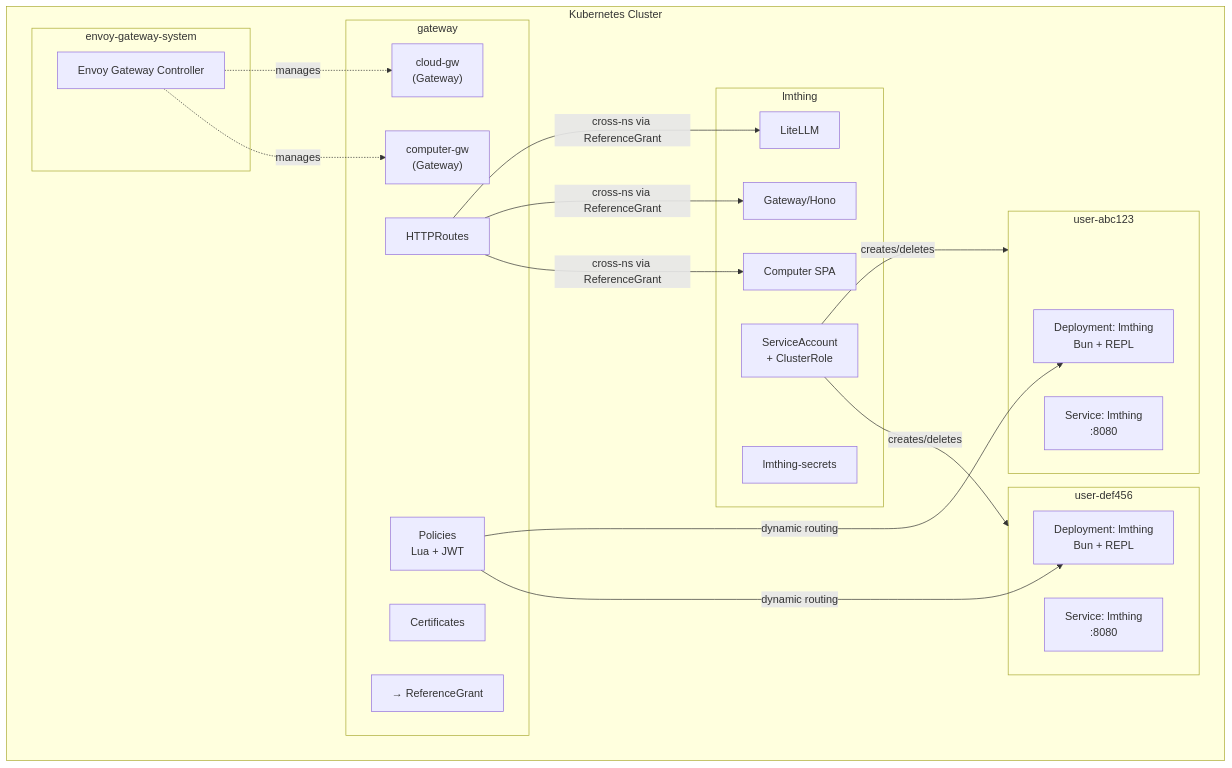
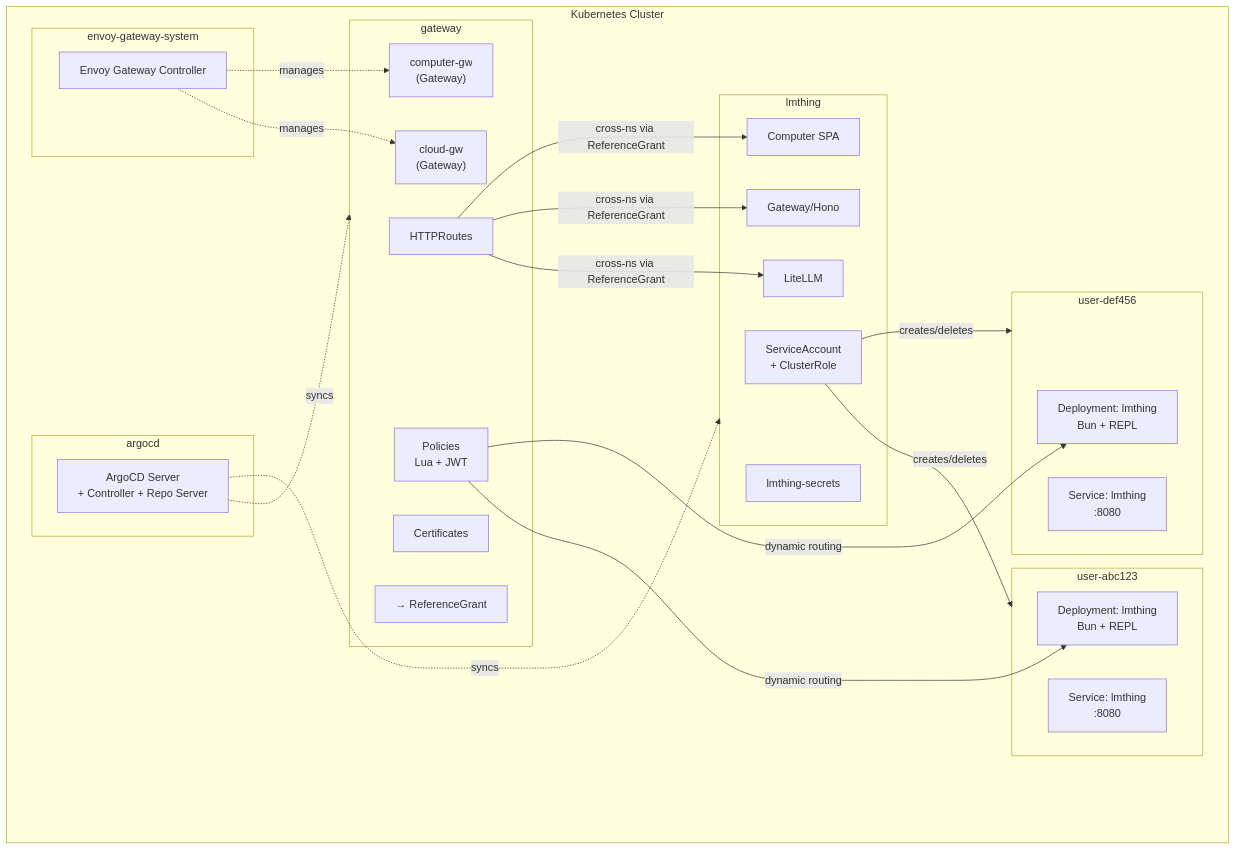
The sixth of 7 diagrams in devops/README.md (lmthing/lmthing), drawn with Mermaid before and after one commit. The commit also changed other lines of this file, not shown here.

First line of the commit message:
Update devops README to reflect ArgoCD GitOps deployment

````diff
--- a/devops/README.md
+++ b/devops/README.md
@@ -172,41 +179,46 @@
 ```mermaid
 graph TB
     subgraph Cluster["Kubernetes Cluster"]
+        subgraph NS0["argocd"]
+            ARGO["ArgoCD Server<br/>+ Controller + Repo Server"]
+        end
         subgraph NS1["envoy-gateway-system"]
             EG["Envoy Gateway Controller"]
         end
         subgraph NS2["gateway"]
             GW1["cloud-gw<br/>(Gateway)"]
             GW2["computer-gw<br/>(Gateway)"]
             HR["HTTPRoutes"]
             POL["Policies<br/>Lua + JWT"]
             CERT["Certificates"]
             RG["→ ReferenceGrant"]
         end
         subgraph NS3["lmthing"]
             LL["LiteLLM"]
             HG["Gateway/Hono"]
             CS["Computer SPA"]
             SA["ServiceAccount<br/>+ ClusterRole"]
             SEC["lmthing-secrets"]
         end
         subgraph NS4["user-abc123"]
             UP1["Deployment: lmthing<br/>Bun + REPL"]
             US1["Service: lmthing<br/>:8080"]
         end
         subgraph NS5["user-def456"]
             UP2["Deployment: lmthing<br/>Bun + REPL"]
             US2["Service: lmthing<br/>:8080"]
         end
     end
 
+    ARGO -.->|syncs| NS2
+    ARGO -.->|syncs| NS3
     EG -.->|manages| GW1
     EG -.->|manages| GW2
     HR -->|cross-ns via ReferenceGrant| LL
     HR -->|cross-ns via ReferenceGrant| HG
     HR -->|cross-ns via ReferenceGrant| CS
     POL -->|dynamic routing| UP1
     POL -->|dynamic routing| UP2
     SA -->|creates/deletes| NS4
     SA -->|creates/deletes| NS5
 ```
````
